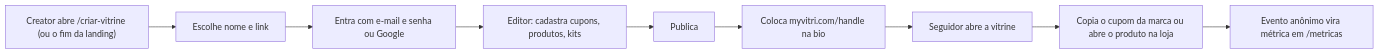
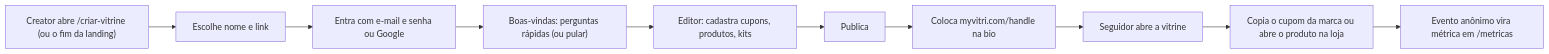
Before and after one commit to estevaons/myvitri: the first of 7 diagrams in docs/architecture.md, drawn with Mermaid. The commit also changed other lines of this file and 33 other files, not shown here.

````diff
--- a/docs/architecture.md
+++ b/docs/architecture.md
@@ -18,11 +19,12 @@
 ```mermaid
 graph LR
     A["Creator abre /criar-vitrine (ou o fim da landing)"] --> B["Escolhe nome e link"]
     B --> C["Entra com e-mail e senha ou Google"]
-    C --> D["Editor: cadastra cupons, produtos, kits"]
+    C --> O["Boas-vindas: perguntas rápidas (ou pular)"]
+    O --> D["Editor: cadastra cupons, produtos, kits"]
     D --> E["Publica"]
     E --> F["Coloca myvitri.com/handle na bio"]
     F --> G["Seguidor abre a vitrine"]
     G --> H["Copia o cupom da marca ou abre o produto na loja"]
     H --> I["Evento anônimo vira métrica em /metricas"]
 ```
````
